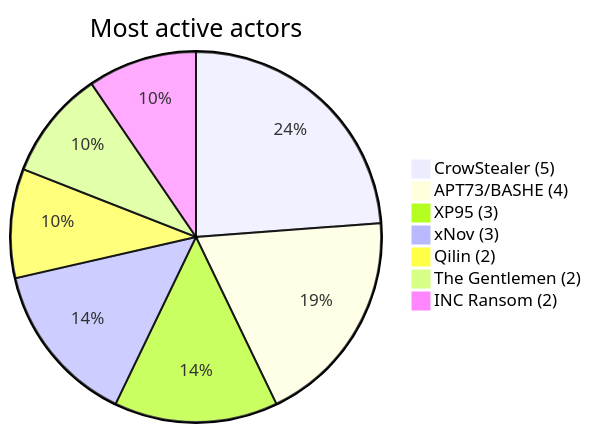
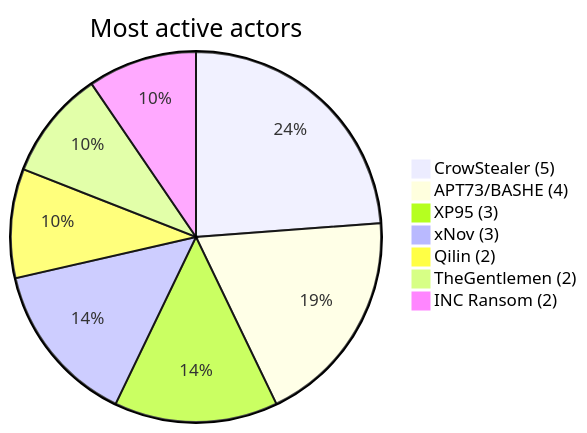
Before and after one commit to Hatchepsoute/AFRINTEL: the third of 5 diagrams in statistics/2026/03-march/README.md, drawn with Mermaid. The commit also changed other lines of this file and 83 other files, not shown here.

````diff
--- a/statistics/2026/03-march/README.md
+++ b/statistics/2026/03-march/README.md
@@ -63,11 +63,11 @@
 ```mermaid
 pie
     title Most active actors
     "CrowStealer (5)" : 5
     "APT73/BASHE (4)" : 4
     "XP95 (3)" : 3
     "xNov (3)" : 3
     "Qilin (2)" : 2
-    "The Gentlemen (2)" : 2
+    "TheGentlemen (2)" : 2
     "INC Ransom (2)" : 2
 ```
````
